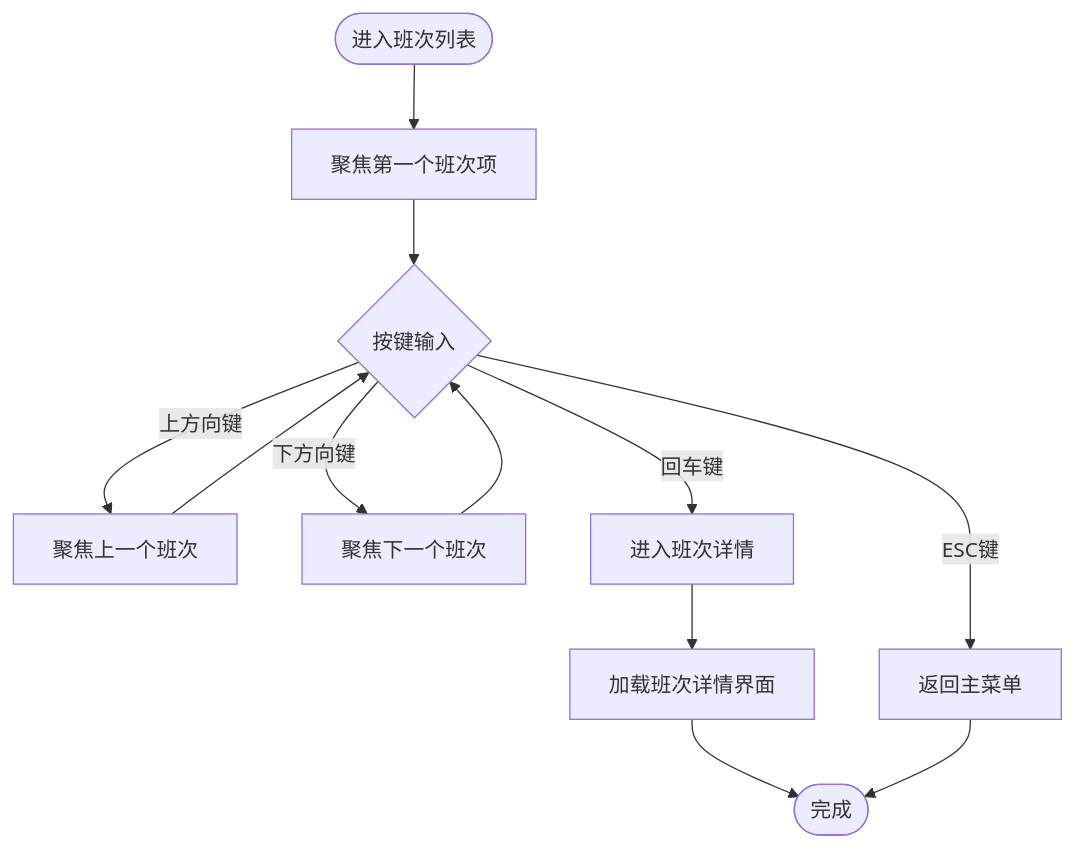
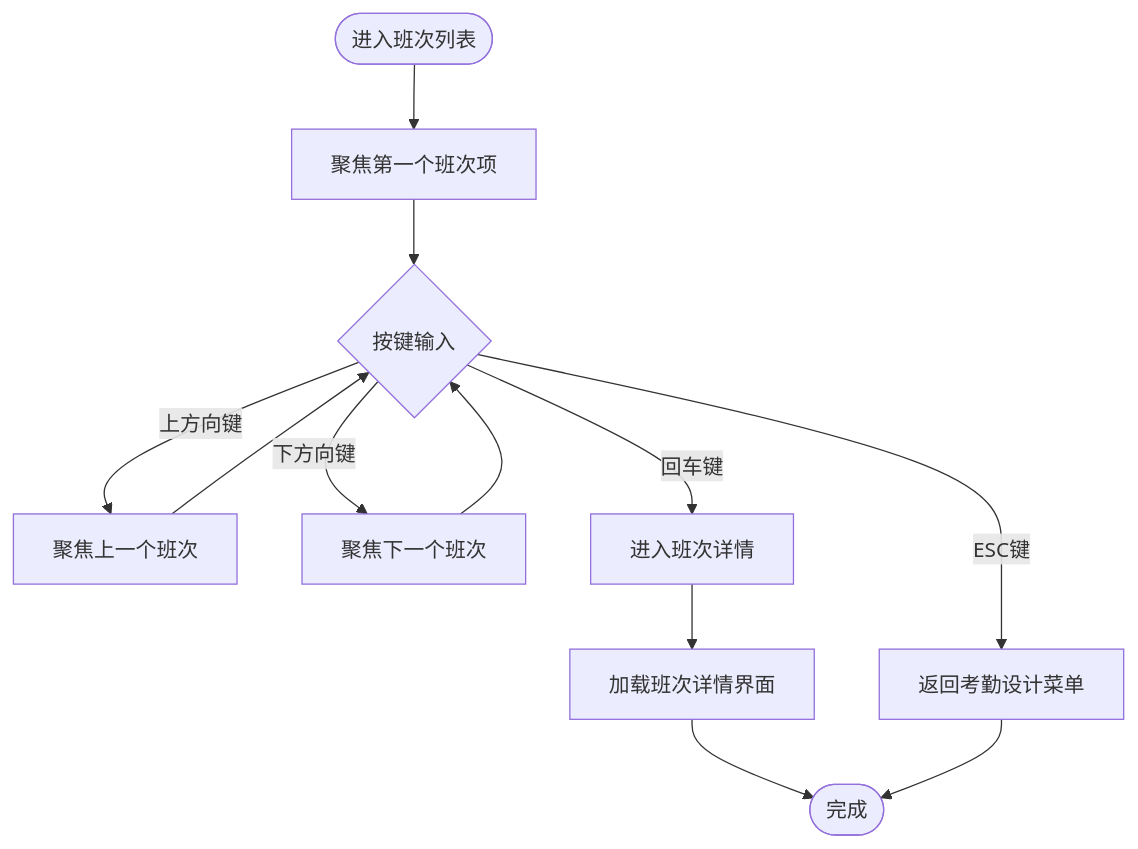
One commit to Drunk552/SmartAttendance changed the ninth of 14 diagrams in .qoder/repowiki/zh/content/功能模块详解/班次管理界面.md. Above: the diagram before and after it, drawn with Mermaid. The commit also changed other lines of this file and 15 other files, not shown here.

````diff
--- a/.qoder/repowiki/zh/content/功能模块详解/班次管理界面.md
+++ b/.qoder/repowiki/zh/content/功能模块详解/班次管理界面.md
@@ -133,14 +322,14 @@
 ```mermaid
 flowchart TD
 Start([进入班次列表]) --> FocusFirst[聚焦第一个班次项]
 FocusFirst --> KeyInput{按键输入}
 KeyInput --> |上方向键| PrevItem[聚焦上一个班次]
 KeyInput --> |下方向键| NextItem[聚焦下一个班次]
 KeyInput --> |回车键| EnterItem[进入班次详情]
-KeyInput --> |ESC键| BackMenu[返回主菜单]
+KeyInput --> |ESC键| BackMenu[返回考勤设计菜单]
 PrevItem --> KeyInput
 NextItem --> KeyInput
 EnterItem --> LoadDetail[加载班次详情界面]
 LoadDetail --> End([完成])
 BackMenu --> End
 ```
````
